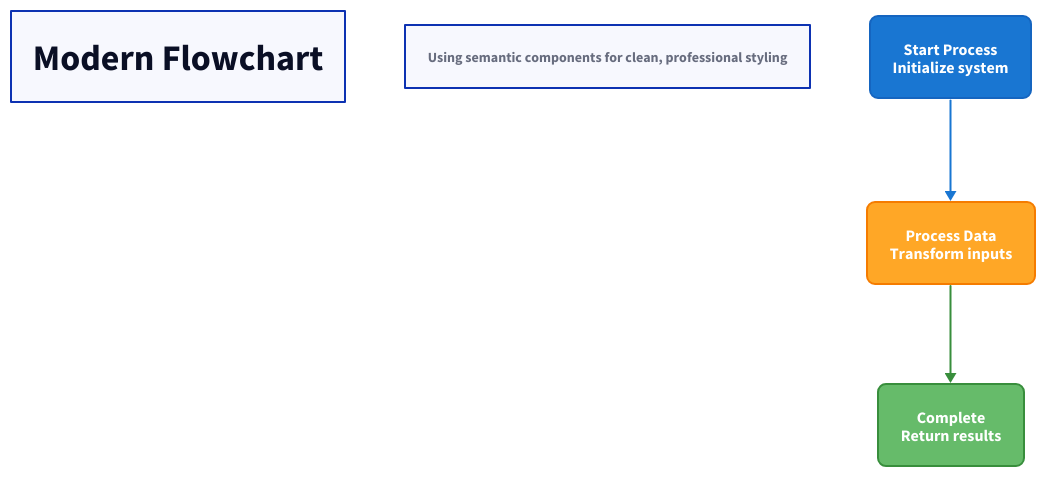
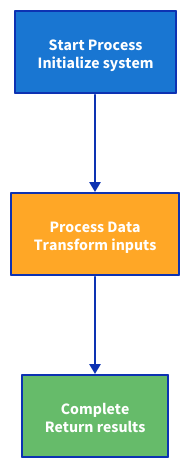
One commit to neongreen/mono changed the diagram in diagram-dsl/examples/d2/styled-flowchart.d2. Above: the diagram before and after it, drawn with D2. The commit also changed 21 other files, not shown here.

```diff
--- a/diagram-dsl/examples/d2/styled-flowchart.d2
+++ b/diagram-dsl/examples/d2/styled-flowchart.d2
@@ -1,48 +1,22 @@
 # Styled Flowchart
 # Equivalent to styled-flowchart.svg from diagram-dsl
 
 direction: down
 
-title: Modern Flowchart {
-  style.font-size: 36
-  style.bold: true
-}
-
-subtitle: Using semantic components for clean, professional styling {
-  style.font-size: 14
-  style.italic: true
-}
-
 start: Start Process\nInitialize system {
   style.fill: "#1976d2"
-  style.stroke: "#1565c0"
-  style.stroke-width: 2
-  style.border-radius: 8
   style.font-color: white
 }
 
 process: Process Data\nTransform inputs {
   style.fill: "#ffa726"
-  style.stroke: "#f57c00"
-  style.stroke-width: 2
-  style.border-radius: 8
   style.font-color: white
 }
 
 end: Complete\nReturn results {
   style.fill: "#66bb6a"
-  style.stroke: "#388e3c"
-  style.stroke-width: 2
-  style.border-radius: 8
   style.font-color: white
 }
 
-start -> process: {
-  style.stroke: "#1976d2"
-  style.stroke-width: 2
-}
-
-process -> end: {
-  style.stroke: "#388e3c"
-  style.stroke-width: 2
-}
+start -> process
+process -> end
```
